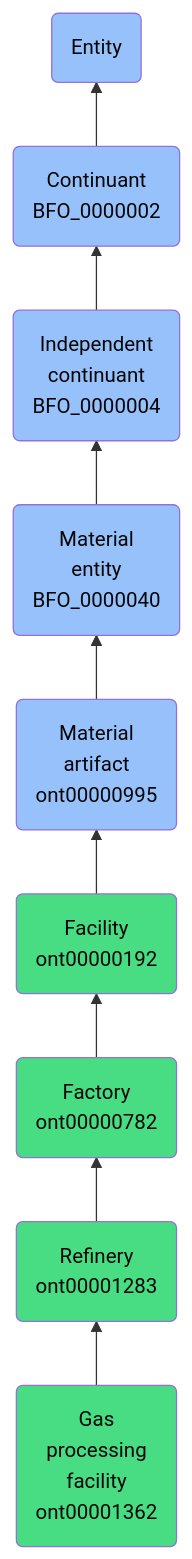
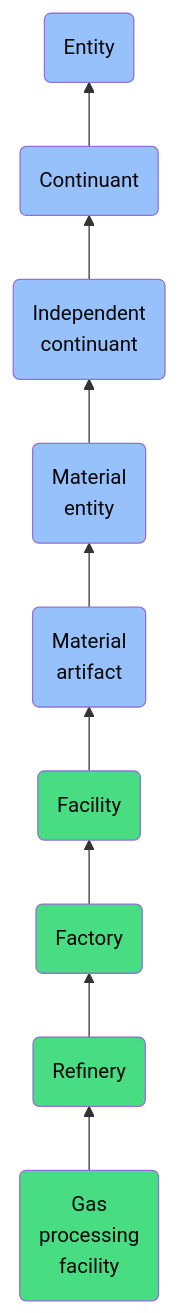
The diagram in docs/ontology/reference/model/Entity/Continuant/Independent continuant/Material entity/Material artifact/Facility/Factory/Refinery/Gas processing facility/Gas processing facility.md (jupyter-naas/abi), drawn with Mermaid before and after one commit. The commit also changed other lines of this file and 1430 other files, not shown here.

````diff
--- a/docs/ontology/reference/model/Entity/Continuant/Independent continuant/Material entity/Material artifact/Facility/Factory/Refinery/Gas processing facility/Gas processing facility.md
+++ b/docs/ontology/reference/model/Entity/Continuant/Independent continuant/Material entity/Material artifact/Facility/Factory/Refinery/Gas processing facility/Gas processing facility.md
@@ -24,16 +24,16 @@
 ```mermaid
 graph BT
-    ont00001362(Gas<br>processing<br>facility<br>ont00001362):::ABI-->ont00001283
-    ont00001283(Refinery<br>ont00001283):::ABI-->ont00000782
-    ont00000782(Factory<br>ont00000782):::ABI-->ont00000192
-    ont00000192(Facility<br>ont00000192):::ABI-->ont00000995
-    ont00000995(Material<br>artifact<br>ont00000995):::BFO-->BFO_0000040
-    BFO_0000040(Material<br>entity<br>BFO_0000040):::BFO-->BFO_0000004
-    BFO_0000004(Independent<br>continuant<br>BFO_0000004):::BFO-->BFO_0000002
-    BFO_0000002(Continuant<br>BFO_0000002):::BFO-->BFO_0000001
+    ont00001362(Gas<br>processing<br>facility):::ABI-->ont00001283
+    ont00001283(Refinery):::ABI-->ont00000782
+    ont00000782(Factory):::ABI-->ont00000192
+    ont00000192(Facility):::ABI-->ont00000995
+    ont00000995(Material<br>artifact):::BFO-->BFO_0000040
+    BFO_0000040(Material<br>entity):::BFO-->BFO_0000004
+    BFO_0000004(Independent<br>continuant):::BFO-->BFO_0000002
+    BFO_0000002(Continuant):::BFO-->BFO_0000001
     BFO_0000001(Entity):::BFO
     
     classDef BFO fill:#97c1fb,color:#060606
     classDef CCO fill:#e4c51e,color:#060606
     classDef ABI fill:#48DD82,color:#060606
 ```
````
